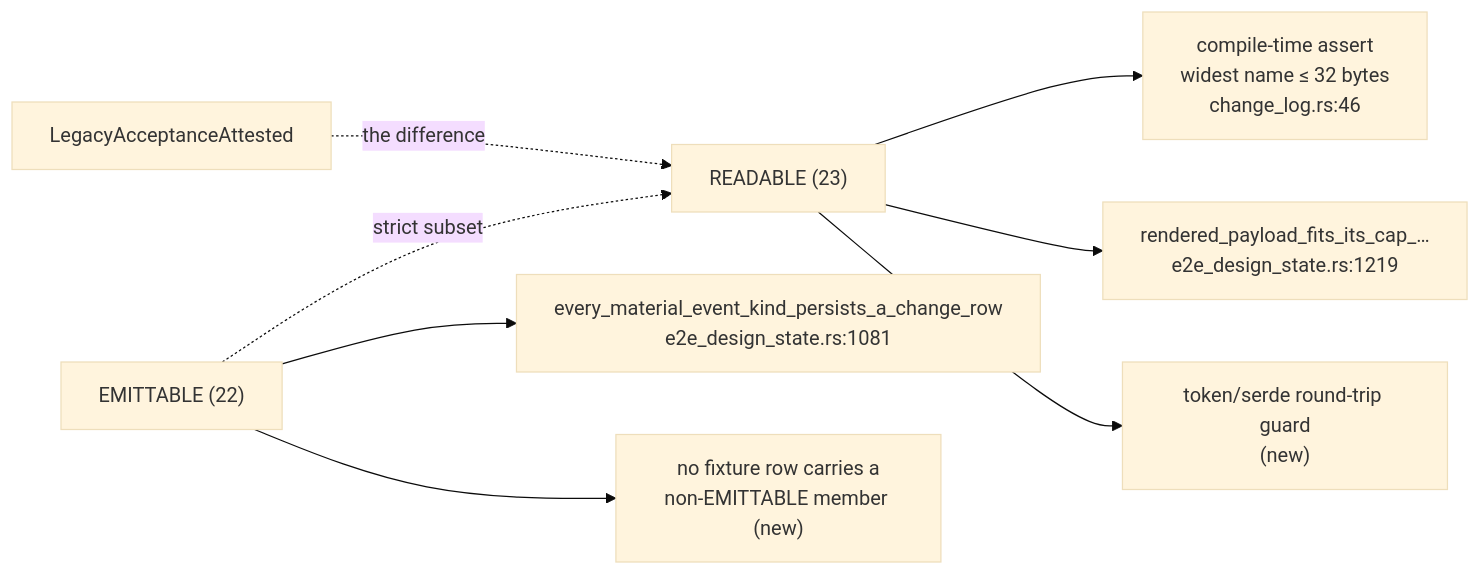
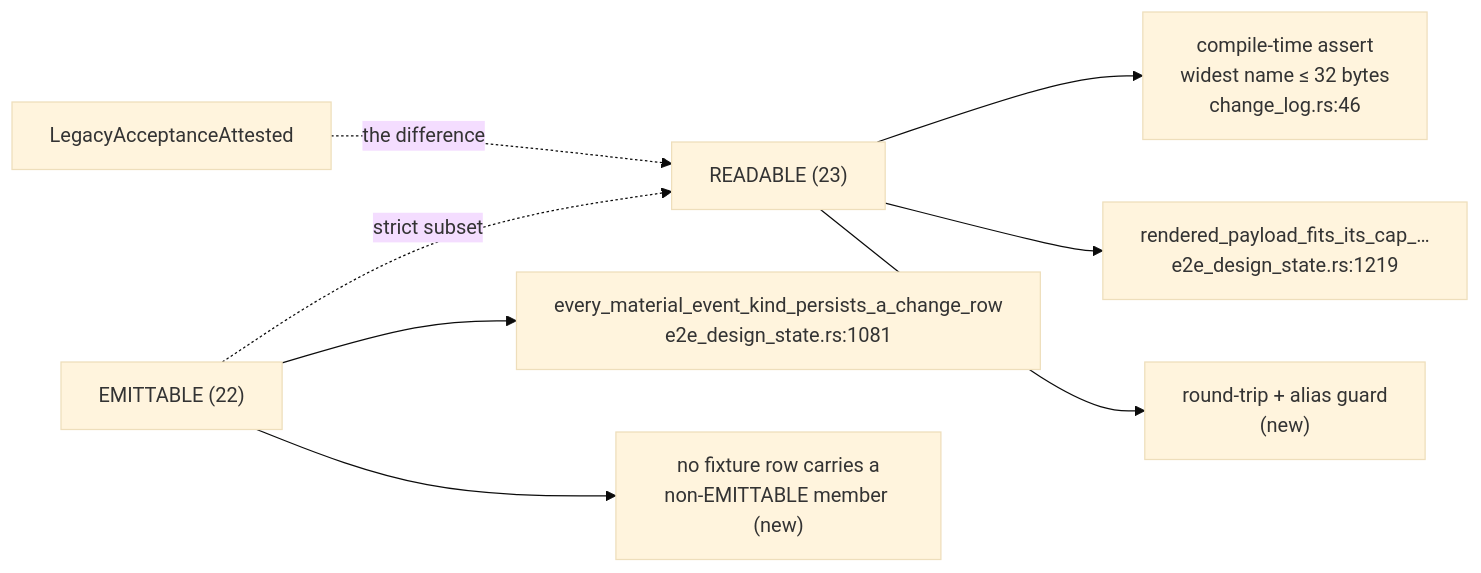
Before and after one commit to davidlee/doctrine: the first of 2 diagrams in .doctrine/slice/256/design.md, drawn with Mermaid (base theme). The commit also changed other lines of this file and 5 other files, not shown here.

````diff
--- a/.doctrine/slice/256/design.md
+++ b/.doctrine/slice/256/design.md
@@ -231,10 +230,10 @@
 ```mermaid
 flowchart LR
   R["READABLE (23)"] --> A["compile-time assert<br/>widest name ≤ 32 bytes<br/>change_log.rs:46"]
   R --> B["rendered_payload_fits_its_cap_…<br/>e2e_design_state.rs:1219"]
-  R --> D["token/serde round-trip guard<br/>(new)"]
+  R --> D["round-trip + alias guard<br/>(new)"]
   E["EMITTABLE (22)"] --> C["every_material_event_kind_persists_a_change_row<br/>e2e_design_state.rs:1081"]
   E --> F["no fixture row carries a<br/>non-EMITTABLE member (new)"]
   E -.->|strict subset| R
   L["LegacyAcceptanceAttested"] -.->|the difference| R
 ```
````
